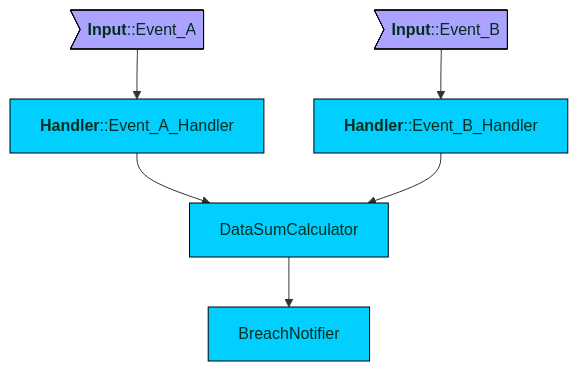
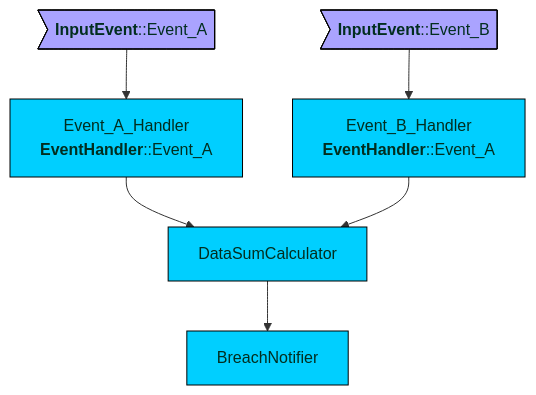
Before and after one commit to v12technology/fluxtion: the diagram in docs/sections/helloworld_imperative.md, drawn with Mermaid. The commit also changed 1 other file, not shown here.

````diff
--- a/docs/sections/helloworld_imperative.md
+++ b/docs/sections/helloworld_imperative.md
@@ -26,21 +26,21 @@
 ```mermaid
 flowchart TB
 
     classDef eventHandler color:#022e1f,fill:#aaa3ff,stroke:#000;
     classDef graphNode color:#022e1f,fill:#00cfff,stroke:#000;
     classDef white color:#022e1f,fill:#fff;
     classDef black color:#fff,fill:#000;
     
-    EventA><b>Input</b>::Event_A]:::eventHandler 
-    EventB><b>Input</b>::Event_B]:::eventHandler 
-    HandlerA[<b>Handler</b>::Event_A_Handler]:::graphNode 
-    HandlerB[<b>Handler</b>::Event_B_Handler]:::graphNode 
+    EventA><b>InputEvent</b>::Event_A]:::eventHandler 
+    EventB><b>InputEvent</b>::Event_B]:::eventHandler 
+    HandlerA[Event_A_Handler\n<b>EventHandler</b>::Event_A]:::graphNode 
+    HandlerB[Event_B_Handler\n<b>EventHandler</b>::Event_A]:::graphNode 
     DataSumCalculator:::graphNode
     BreachNotifier:::graphNode
 
     EventA --> HandlerA
     EventB --> HandlerB
     HandlerA --> DataSumCalculator
     HandlerB --> DataSumCalculator
     DataSumCalculator --> BreachNotifier
 ```
````
